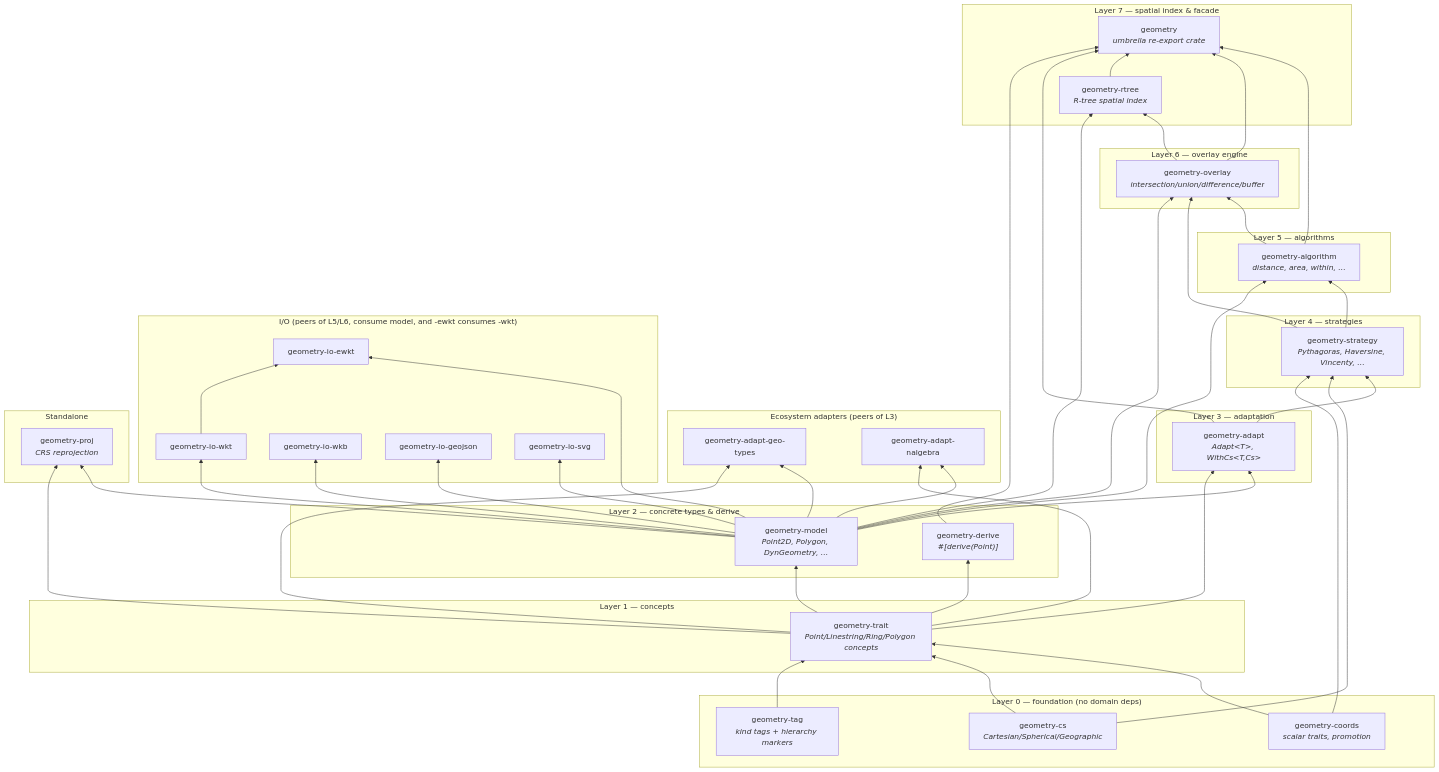
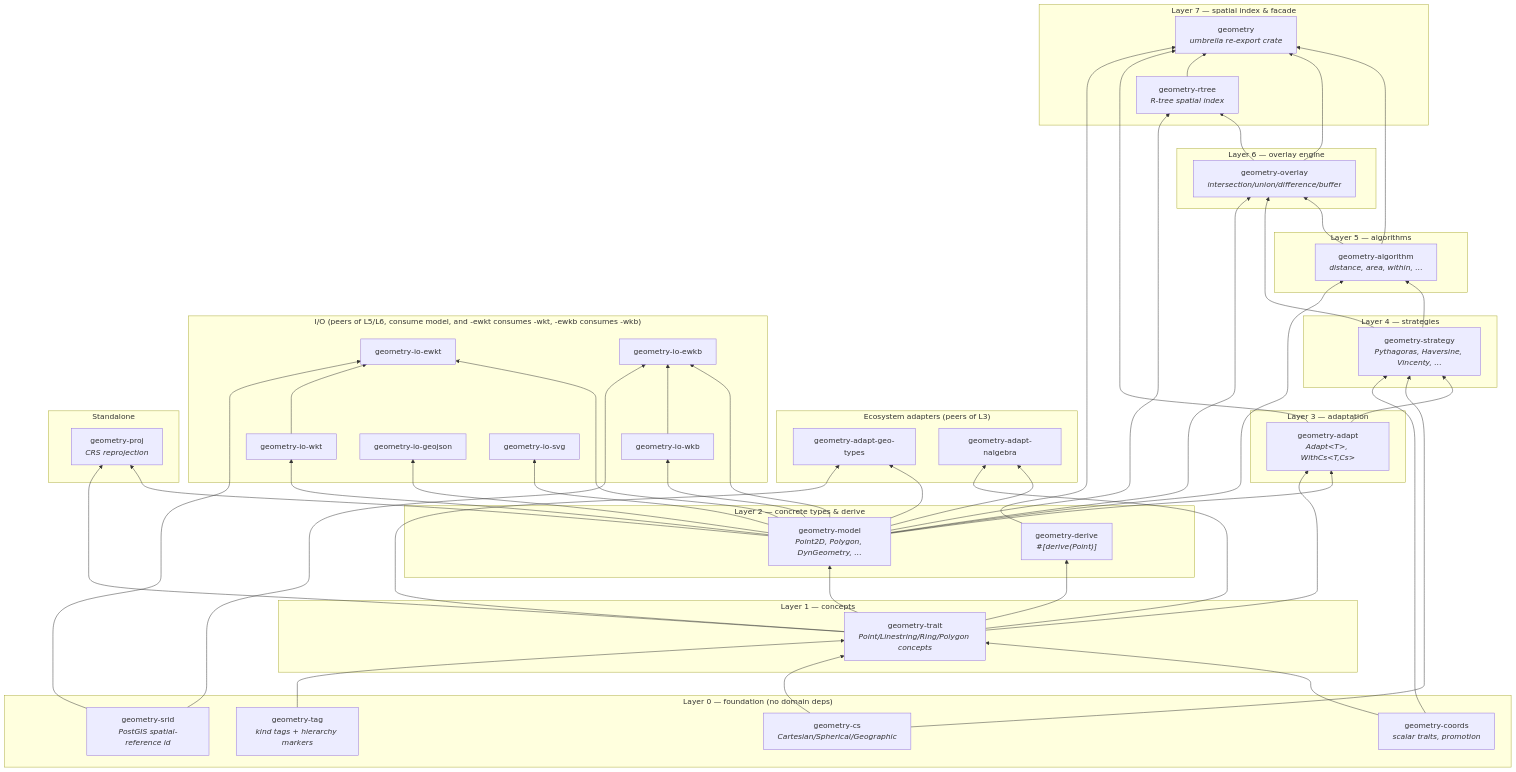
The diagram in docs/01-architecture.md (pentatonick/boost_geometry), drawn with Mermaid before and after one commit. The commit also changed other lines of this file and 34 other files, not shown here.

```diff
--- a/docs/01-architecture.md
+++ b/docs/01-architecture.md
@@ -20,6 +21,7 @@
         tag["geometry-tag<br/><i>kind tags + hierarchy markers</i>"]
         coords["geometry-coords<br/><i>scalar traits, promotion</i>"]
         cs["geometry-cs<br/><i>Cartesian/Spherical/Geographic</i>"]
+        srid["geometry-srid<br/><i>PostGIS spatial-reference id</i>"]
     end
 
     subgraph L1["Layer 1 — concepts"]
@@ -57,10 +59,11 @@
         adapt_na["geometry-adapt-nalgebra"]
     end
 
-    subgraph "I/O (peers of L5/L6, consume model, and -ewkt consumes -wkt)"
+    subgraph "I/O (peers of L5/L6, consume model, and -ewkt consumes -wkt, -ewkb consumes -wkb)"
         io_wkt["geometry-io-wkt"]
         io_ewkt["geometry-io-ewkt"]
         io_wkb["geometry-io-wkb"]
+        io_ewkb["geometry-io-ewkb"]
         io_geojson["geometry-io-geojson"]
         io_svg["geometry-io-svg"]
     end
@@ -100,7 +103,11 @@
     model --> io_wkt
     model --> io_ewkt
     io_wkt --> io_ewkt
+    srid --> io_ewkt
     model --> io_wkb
+    model --> io_ewkb
+    io_wkb --> io_ewkb
+    srid --> io_ewkb
     model --> io_geojson
     model --> io_svg
 
```
